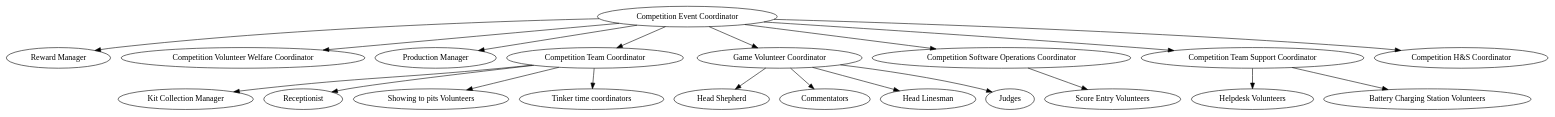
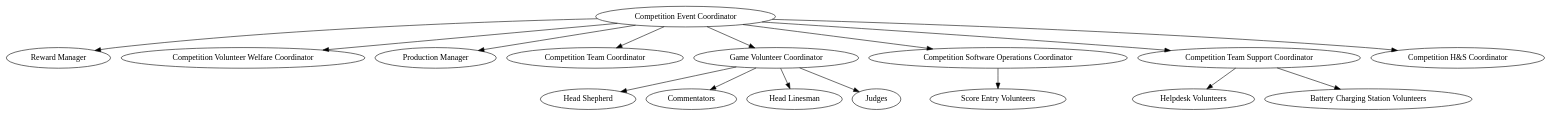
Before and after one commit to Adimote/legacy-ops-manual: the diagram in org-chart/comp-event.dot, drawn with Graphviz. The commit also changed 1 other file, not shown here.

Commit message:
Remove subordinates below Competition Team Coord
These were more like responsibilities rather than actual roles. It is up
to the Competition Team Coordinator to decide how these various
responsibilities are met. See #49.

```diff
--- a/org-chart/comp-event.dot
+++ b/org-chart/comp-event.dot
@@ -1,55 +1,42 @@
 digraph {
 	# Competition Coordinator Subordinates
 	comp_event_coord [label="Competition Event Coordinator" email="competition-event@studentrobotics.org"];
 
 	# Competition Event Coordinator Subordinates
 	reward_manager[label="Reward Manager" contactsexclude=true];
 	comp_volunteer_welfare[label="Competition Volunteer Welfare Coordinator" email="competition-welfare@studentrobotics.org"];
 	prod_manager[label="Production Manager" email="production-manager@studentrobotics.org"];
 	comp_team_coord[label="Competition Team Coordinator" email="competition-teams@studentrobotics.org"];
 	comp_game_vol_coord[label="Game Volunteer Coordinator" email="game-volunteers@studentrobotics.org"];
 	comp_sw_ops_coord[label="Competition Software Operations Coordinator" email="competition-software@studentrobotics.org"];
 	comp_team_support_coord[label="Competition Team Support Coordinator" email="competition-team-support@studentrobotics.org"];
 	comp_hs_coord[label="Competition H&S Coordinator" email="competition-health-and-safety@studentrobotics.org"];
 
 	# Competition Team Support Coordinator Subordinates
 	helpdesk_vol[label="Helpdesk Volunteers" contactsexclude=true];
 	battery_charging_vol[label="Battery Charging Station Volunteers" contactsexclude=true];
 
-	# Competition Team Coordinator Subordinates
-	kit_collection_manager[label="Kit Collection Manager" email="kit-collection@studentrobotics.org"];
-	receptionist[label="Receptionist" email="reception@studentrobotics.org"];
-	showing_to_pits_vol[label="Showing to pits Volunteers" contactsexclude=true]
-	tinker_time_coord[label="Tinker time coordinators" email="tinker-time@studentrobotics.org"];
-
 	# Game Volunteer Coordinator Subordinates
 	head_shepherd[label="Head Shepherd" email="shepherding@studentrobotics.org"];
 	commentators[label="Commentators" email="commentators@studentrobotics.org"];
 	head_linesman[label="Head Linesman" email="linesmen@studentrobotics.org"];
 	judges[label="Judges" email="judge@studentrobotics.org"];
 
 	# Competition Software Operations Coordinator Subordinates
 	score_entry_vol[label="Score Entry Volunteers" contactsexclude=true];
 
 	###### Connections between nodes
 	comp_event_coord -> { reward_manager comp_volunteer_welfare
 	            prod_manager comp_team_coord comp_game_vol_coord
 		comp_sw_ops_coord comp_hs_coord
 		comp_team_support_coord
 		};
 
-	comp_team_coord -> {
-		kit_collection_manager
-		receptionist
-		showing_to_pits_vol
-		tinker_time_coord
-	};
-
 	comp_team_support_coord -> { helpdesk_vol battery_charging_vol };
 
 	comp_game_vol_coord -> { head_shepherd commentators head_linesman judges };
 
 	comp_sw_ops_coord -> {
 		score_entry_vol
 	};
 }
```
